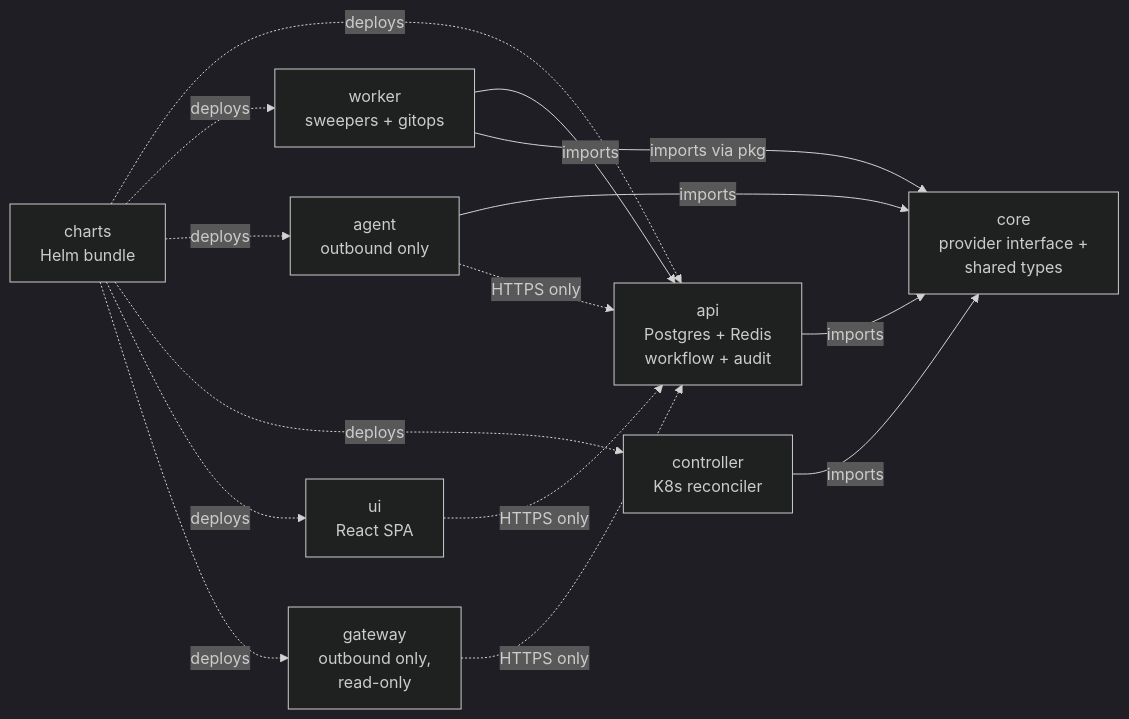
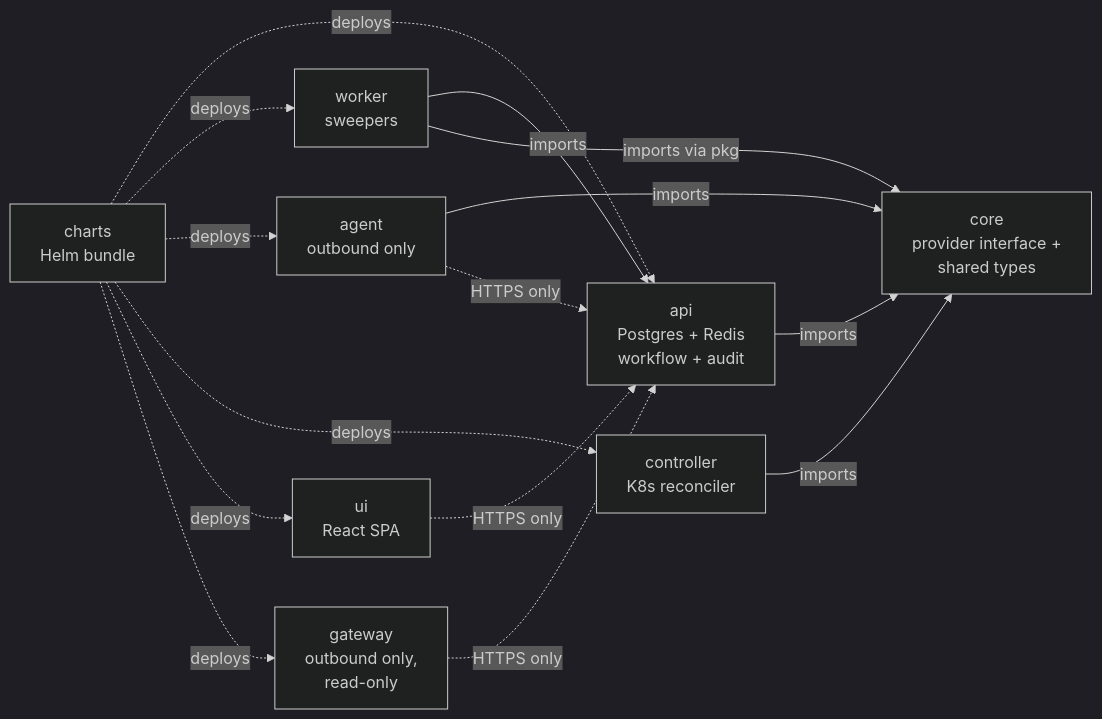
The diagram in docs/components/index.md (secrets-bridge/docs), drawn with Mermaid (dark theme) before and after one commit. The commit also changed other lines of this file and 17 other files, not shown here.

````diff
--- a/docs/components/index.md
+++ b/docs/components/index.md
@@ -27,26 +27,26 @@
 ```mermaid
 flowchart LR
     core["core<br/>provider interface +<br/>shared types"]
     api["api<br/>Postgres + Redis<br/>workflow + audit"]
-    worker["worker<br/>sweepers + gitops"]
+    worker["worker<br/>sweepers"]
     agent["agent<br/>outbound only"]
     controller["controller<br/>K8s reconciler"]
     gateway["gateway<br/>outbound only,<br/>read-only"]
     ui["ui<br/>React SPA"]
     charts["charts<br/>Helm bundle"]
 
     api -->|"imports"| core
     worker -->|"imports"| api
     worker -->|"imports via pkg"| core
     agent -->|"imports"| core
     agent -.->|"HTTPS only"| api
     controller -->|"imports"| core
     ui -.->|"HTTPS only"| api
     gateway -.->|"HTTPS only"| api
     charts -.->|"deploys"| api
     charts -.->|"deploys"| worker
     charts -.->|"deploys"| agent
     charts -.->|"deploys"| controller
     charts -.->|"deploys"| ui
     charts -.->|"deploys"| gateway
 ```
````
